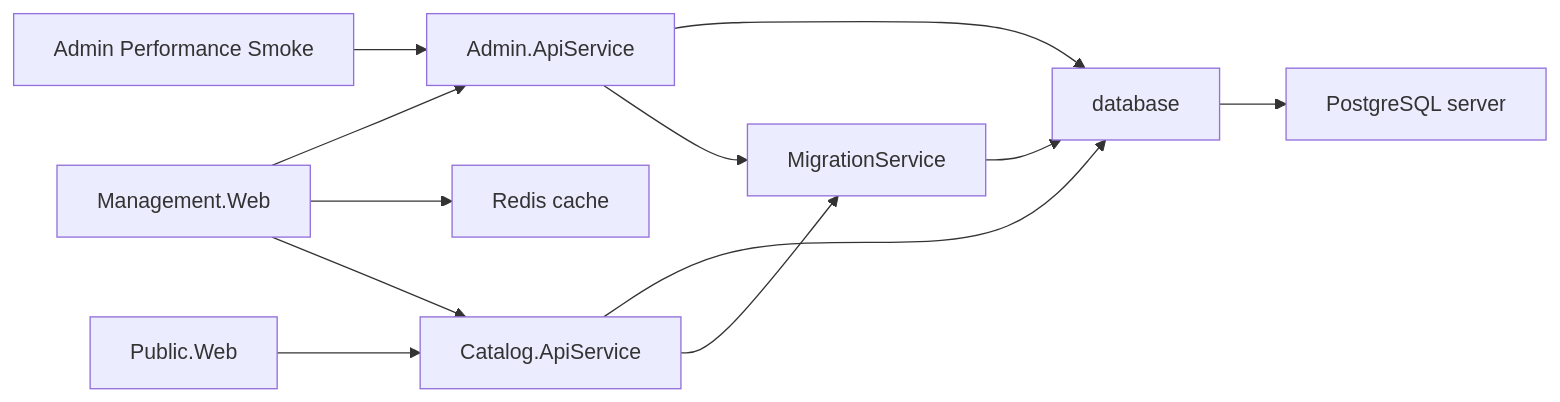
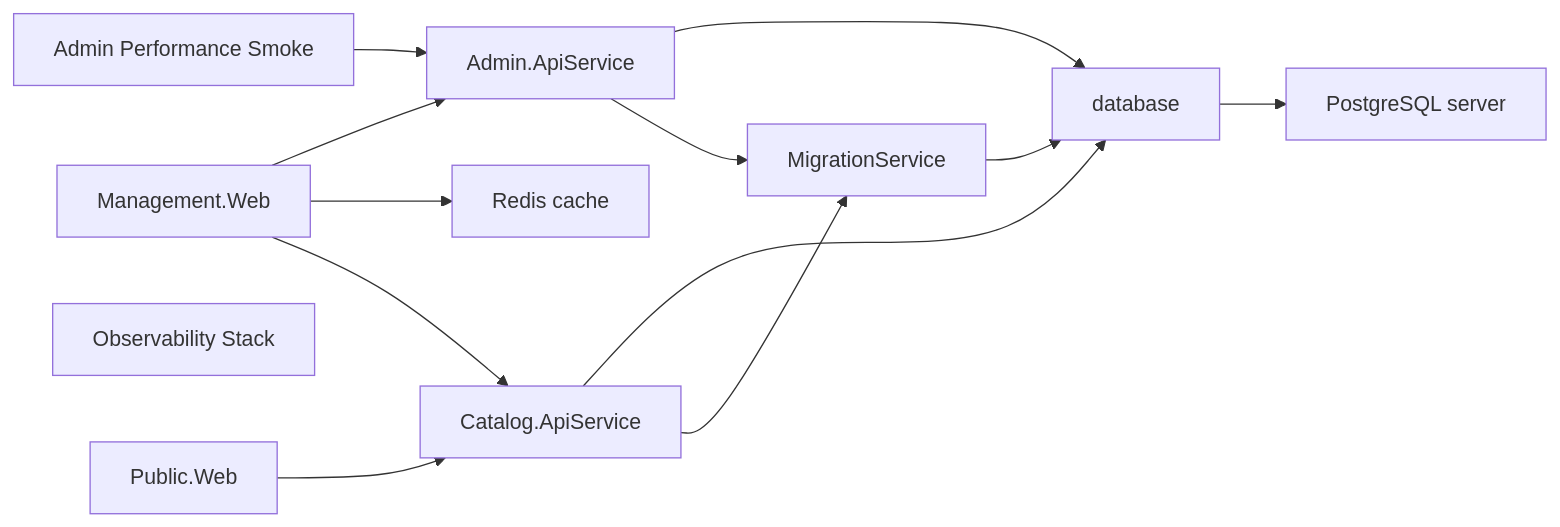
Before and after one commit to danigutsch/ViajantesTurismo: the first of 2 diagrams in docs/architecture/runtime-wiring-and-deployment.md, drawn with Mermaid. The commit also changed 19 other files, not shown here.

Commit message:
feat(apphost): add optional grafana observability stack

````diff
--- a/docs/architecture/runtime-wiring-and-deployment.md
+++ b/docs/architecture/runtime-wiring-and-deployment.md
@@ -13,23 +13,24 @@
 ```mermaid
 flowchart LR
     AdminPerformanceSmoke[Admin Performance Smoke]
     apiService[Admin.ApiService]
     catalogApiService[Catalog.ApiService]
     ManagementWeb[Management.Web]
     migrationService[MigrationService]
+    ObservabilityStack[Observability Stack]
     databaseServer[PostgreSQL server]
     PublicWeb[Public.Web]
     cache[Redis cache]
     database[database]
     AdminPerformanceSmoke --> apiService
     ManagementWeb --> apiService
     ManagementWeb --> cache
     ManagementWeb --> catalogApiService
     PublicWeb --> catalogApiService
     apiService --> database
     apiService --> migrationService
     catalogApiService --> database
     catalogApiService --> migrationService
     database --> databaseServer
     migrationService --> database
 ```
````
